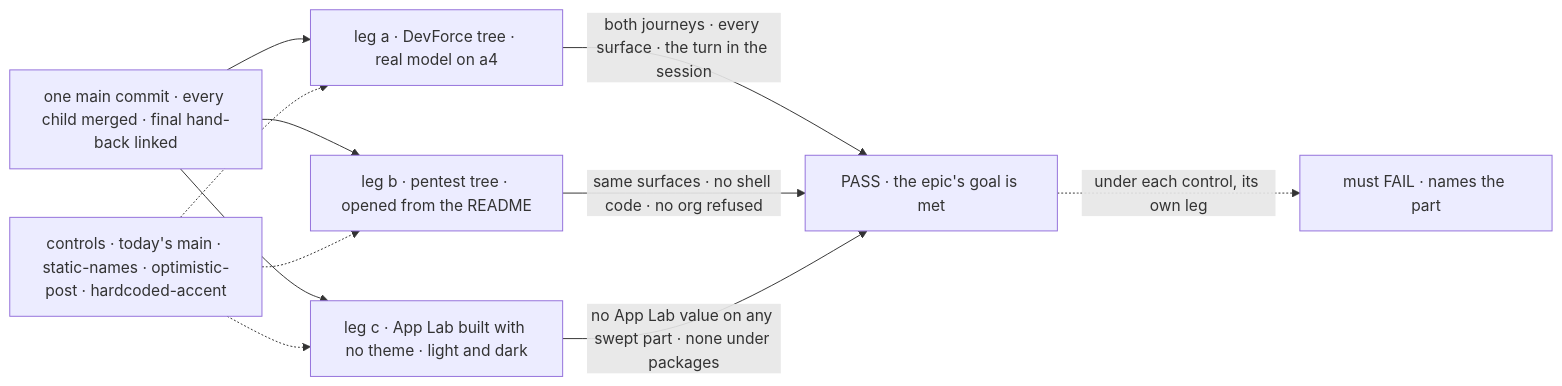
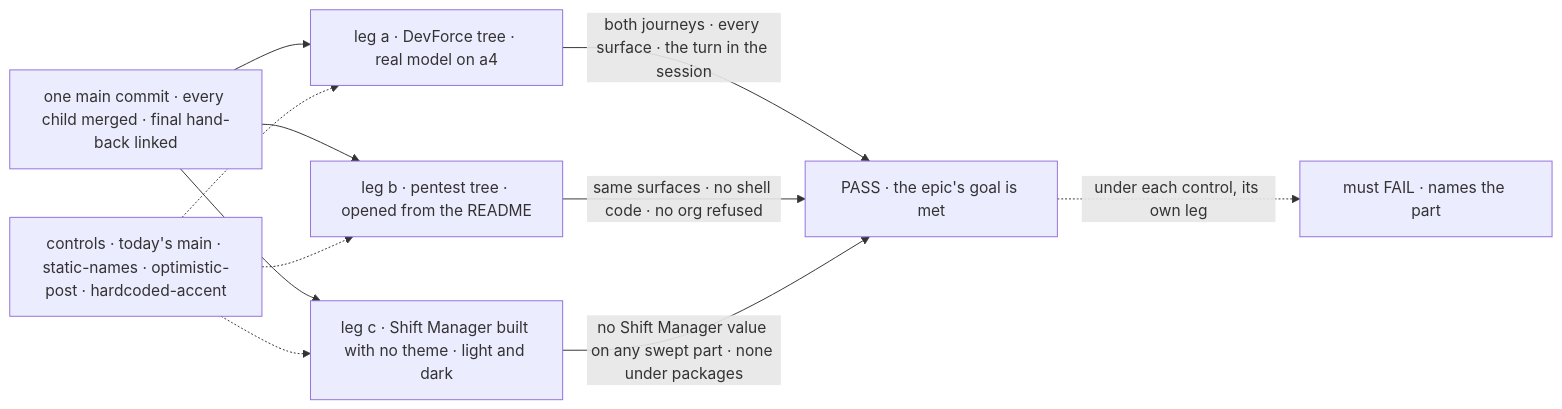
The diagram in specs/issues/FIX-1663/SPEC.md (fixpoint-labs/flow-state-dev), drawn with Mermaid before and after one commit. The commit also changed other lines of this file and 7 other files, not shown here.

First line of the commit message:
spec(FIX-1663): amend closure QA plan for Shift Manager and FIX-1690

````diff
--- a/specs/issues/FIX-1663/SPEC.md
+++ b/specs/issues/FIX-1663/SPEC.md
@@ -35,13 +37,13 @@
 ```mermaid
 flowchart LR
   M["one main commit · every child merged · final hand-back linked"] --> A["leg a · DevForce tree · real model on a4"]
   M --> B["leg b · pentest tree · opened from the README"]
-  M --> C["leg c · App Lab built with no theme · light and dark"]
+  M --> C["leg c · Shift Manager built with no theme · light and dark"]
   A -->|"both journeys · every surface · the turn in the session"| P["PASS · the epic's goal is met"]
   B -->|"same surfaces · no shell code · no org refused"| P
-  C -->|"no App Lab value on any swept part · none under packages"| P
+  C -->|"no Shift Manager value on any swept part · none under packages"| P
   X["controls · today's main · static-names · optimistic-post · hardcoded-accent"] -.-> A
   X -.-> B
   X -.-> C
   P -.->|"under each control, its own leg"| F["must FAIL · names the part"]
 ```
````
